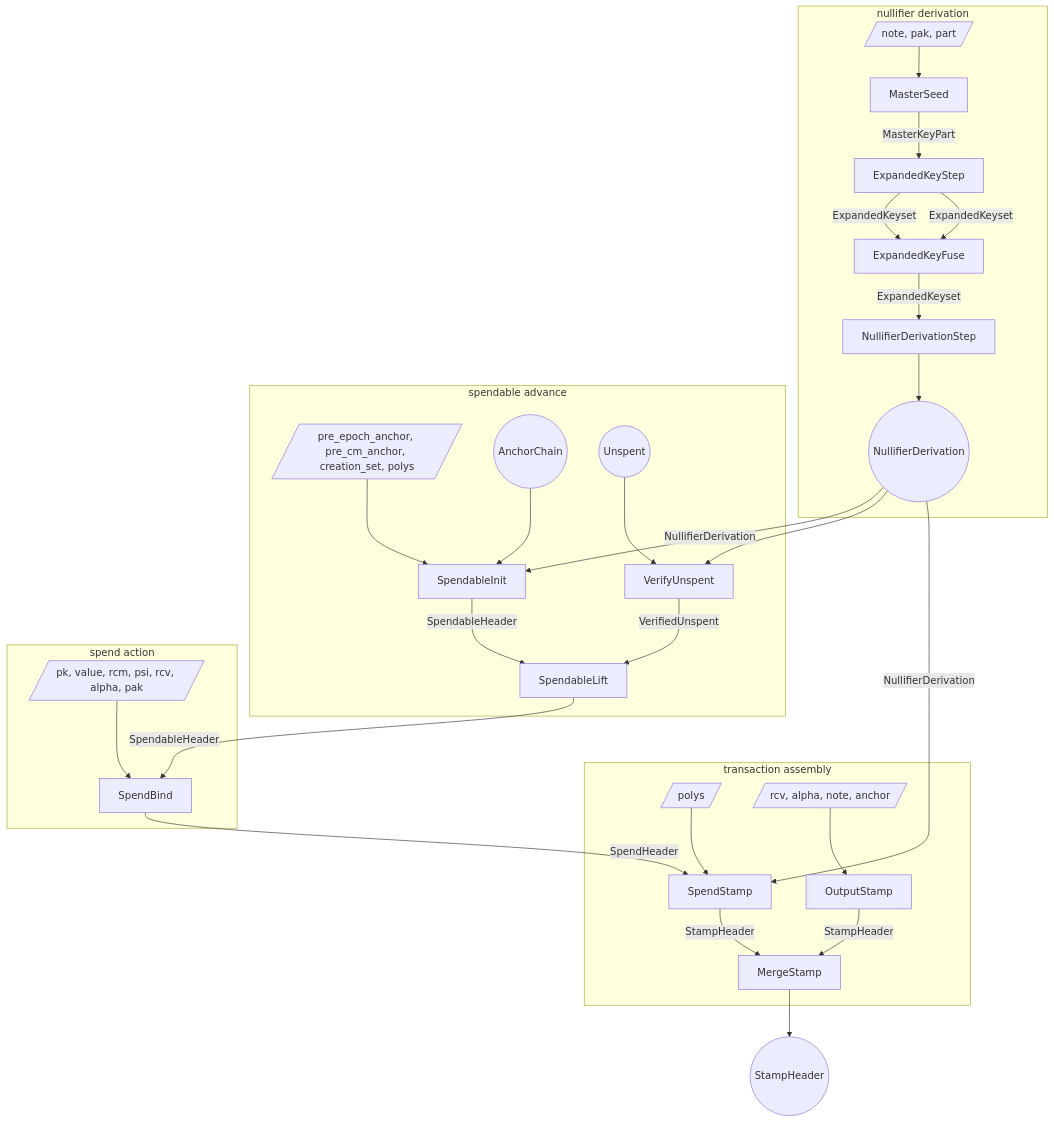
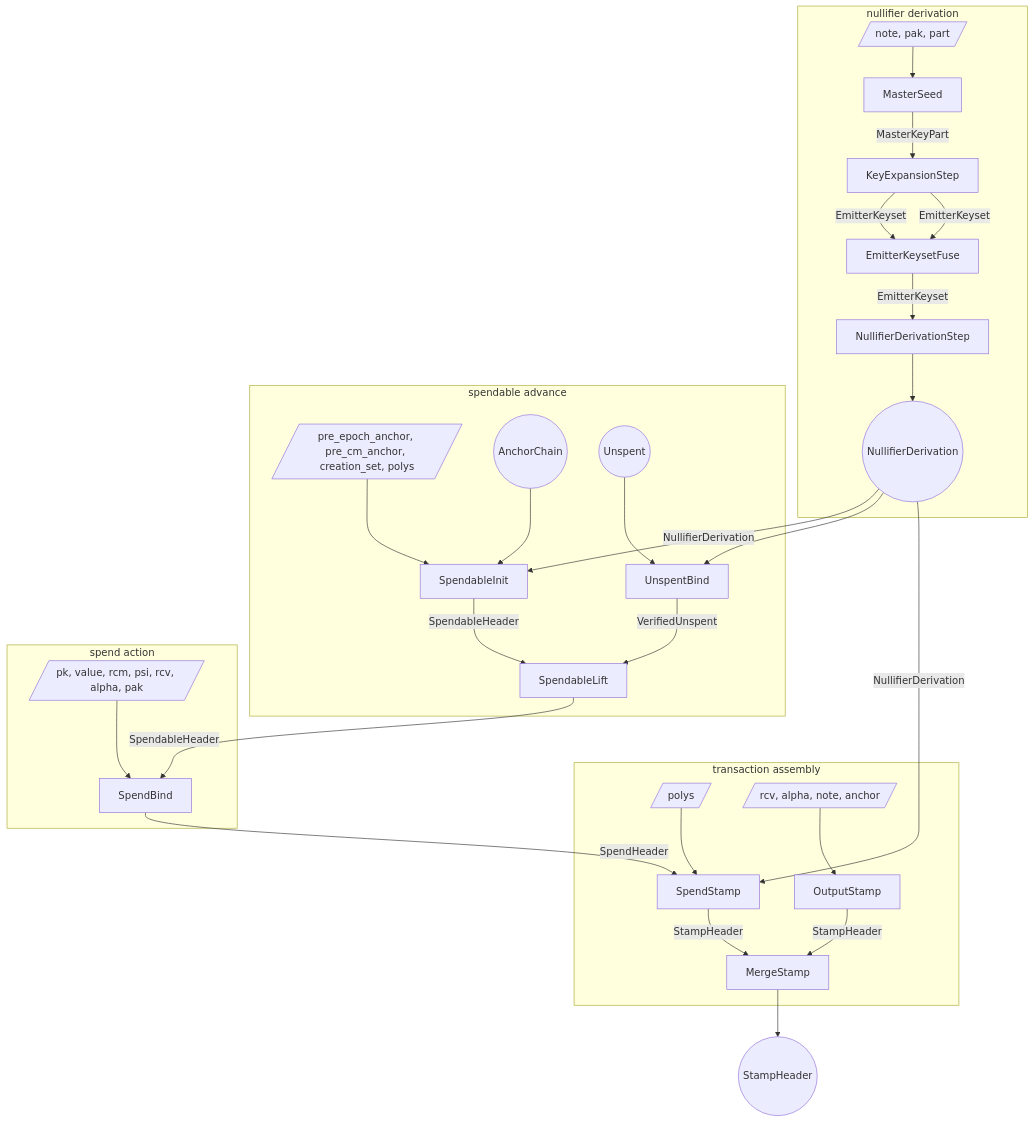
One commit to tachyon-zcash/tachyon changed the first of 3 diagrams in book/src/proof-tree.md. Above: the diagram before and after it, drawn with Mermaid. The commit also changed other lines of this file and 15 other files, not shown here.

First line of the commit message:
Rename the key-expansion vocabulary and reserve Lift for anchor advances

````diff
--- a/book/src/proof-tree.md
+++ b/book/src/proof-tree.md
@@ -208,61 +208,61 @@
 ```mermaid
 flowchart TB
   subgraph derive [nullifier derivation]
     w_seed[/note, pak, part/]
     s_seed[MasterSeed]
-    s_expand[ExpandedKeyStep]
-    s_kfuse[ExpandedKeyFuse]
+    s_expand[KeyExpansionStep]
+    s_kfuse[EmitterKeysetFuse]
     s_derive[NullifierDerivationStep]
     nf_derivation((NullifierDerivation))
   end
 
   subgraph spendable [spendable advance]
     w_init[/pre_epoch_anchor, pre_cm_anchor, creation_set, polys/]
     anchor_init((AnchorChain))
     s_init[SpendableInit]
     unspent_in((Unspent))
-    s_verify[VerifyUnspent]
+    s_verify[UnspentBind]
     s_lift[SpendableLift]
   end
 
   subgraph spend_action [spend action]
     w_bind[/pk, value, rcm, psi, rcv, alpha, pak/]
     s_bind[SpendBind]
   end
 
   subgraph merge [transaction assembly]
     w_stamp[/polys/]
     s_spendstamp[SpendStamp]
     w_output[/rcv, alpha, note, anchor/]
     s_output[OutputStamp]
     s_merge[MergeStamp]
   end
 
   stamp_out((StampHeader))
 
   w_seed --> s_seed
   s_seed -->|MasterKeyPart| s_expand
-  s_expand -->|ExpandedKeyset| s_kfuse
-  s_expand -->|ExpandedKeyset| s_kfuse
-  s_kfuse -->|ExpandedKeyset| s_derive
+  s_expand -->|EmitterKeyset| s_kfuse
+  s_expand -->|EmitterKeyset| s_kfuse
+  s_kfuse -->|EmitterKeyset| s_derive
   s_derive --> nf_derivation
 
   anchor_init --> s_init
   nf_derivation -->|NullifierDerivation| s_init
   w_init --> s_init
   nf_derivation --> s_verify
   unspent_in --> s_verify
   s_init -->|SpendableHeader| s_lift
   s_verify -->|VerifiedUnspent| s_lift
   s_lift -->|SpendableHeader| s_bind
 
   w_bind --> s_bind
   s_bind -->|SpendHeader| s_spendstamp
   nf_derivation -->|NullifierDerivation| s_spendstamp
   w_stamp --> s_spendstamp
 
   w_output --> s_output
   s_spendstamp -->|StampHeader| s_merge
   s_output -->|StampHeader| s_merge
   s_merge --> stamp_out
 ```
````
